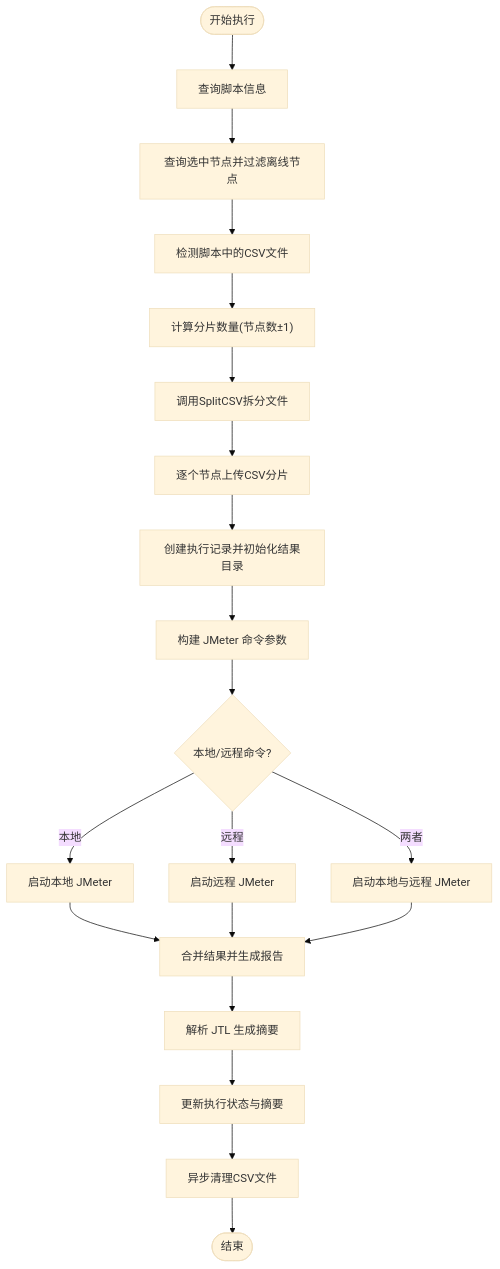
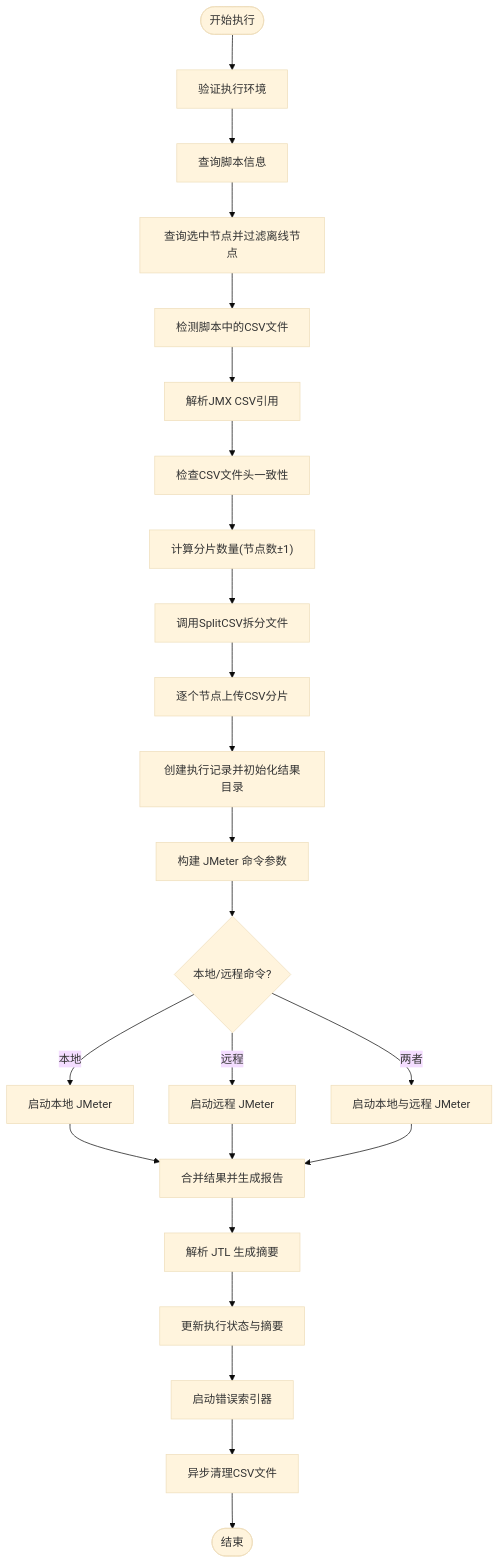
Before and after one commit to Liyuhao02/Jmeter-Admin: the sixth of 13 diagrams in .qoder/repowiki/zh/content/核心业务模块/执行管理系统/执行管理系统.md, drawn with Mermaid (base theme). The commit also changed other lines of this file and 7 other files, not shown here.

````diff
--- a/.qoder/repowiki/zh/content/核心业务模块/执行管理系统/执行管理系统.md
+++ b/.qoder/repowiki/zh/content/核心业务模块/执行管理系统/执行管理系统.md
@@ -197,22 +334,26 @@
 ```mermaid
 flowchart TD
-Start(["开始执行"]) --> QueryScript["查询脚本信息"]
+Start(["开始执行"]) --> ValidateEnv["验证执行环境"]
+ValidateEnv --> QueryScript["查询脚本信息"]
 QueryScript --> QuerySlaves["查询选中节点并过滤离线节点"]
 QuerySlaves --> DetectCSV["检测脚本中的CSV文件"]
-DetectCSV --> CalcPartCount["计算分片数量(节点数±1)"]
+DetectCSV --> ExtractCSVRefs["解析JMX CSV引用"]
+ExtractCSVRefs --> CheckHeaderConsistency["检查CSV文件头一致性"]
+CheckHeaderConsistency --> CalcPartCount["计算分片数量(节点数±1)"]
 CalcPartCount --> SplitCSV["调用SplitCSV拆分文件"]
 SplitCSV --> UploadToAgents["逐个节点上传CSV分片"]
 UploadToAgents --> CreateExec["创建执行记录并初始化结果目录"]
 CreateExec --> BuildArgs["构建 JMeter 命令参数"]
 BuildArgs --> RunCmd{"本地/远程命令?"}
 RunCmd --> |本地| LocalCmd["启动本地 JMeter"]
 RunCmd --> |远程| RemoteCmd["启动远程 JMeter"]
 RunCmd --> |两者| BothCmd["启动本地与远程 JMeter"]
 LocalCmd --> Merge["合并结果并生成报告"]
 RemoteCmd --> Merge
 BothCmd --> Merge
 Merge --> Parse["解析 JTL 生成摘要"]
 Parse --> UpdateStatus["更新执行状态与摘要"]
-UpdateStatus --> Cleanup["异步清理CSV文件"]
+UpdateStatus --> StartErrorIndexer["启动错误索引器"]
+StartErrorIndexer --> Cleanup["异步清理CSV文件"]
 Cleanup --> End(["结束"])
 ```
````
